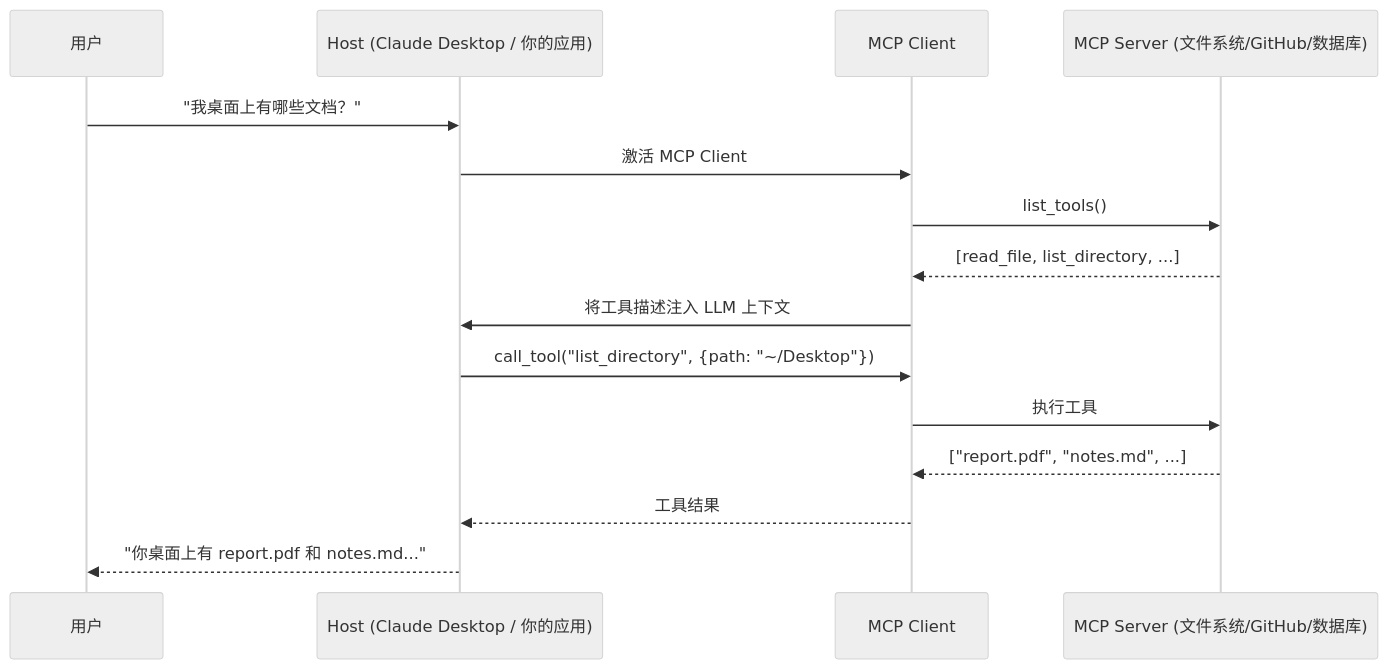
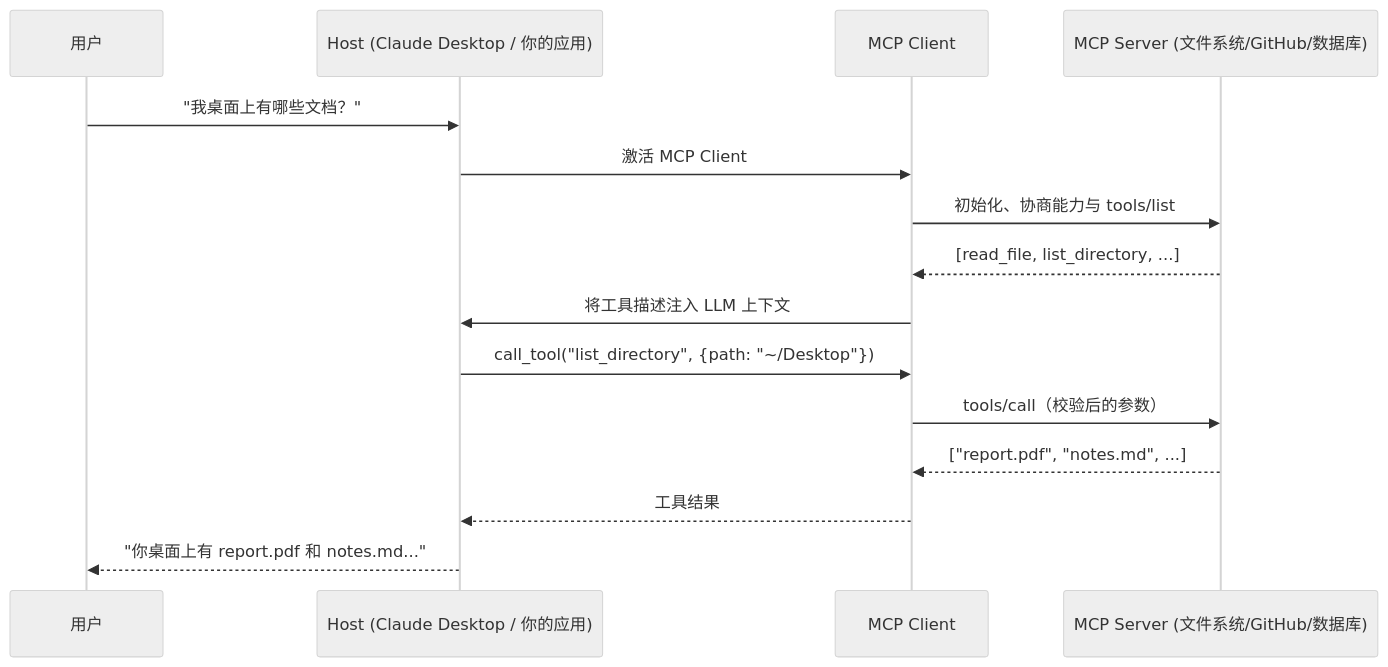
One commit to AmbitionC/front-end-journey-resource changed the diagram in knowledge/llm/agent/mcp-protocol.md. Above: the diagram before and after it, drawn with Mermaid (neutral theme). The commit also changed other lines of this file and 42 other files, not shown here.

````diff
--- a/knowledge/llm/agent/mcp-protocol.md
+++ b/knowledge/llm/agent/mcp-protocol.md
@@ -68,18 +17,18 @@
 ```mermaid
 sequenceDiagram
     participant User as 用户
     participant Host as Host (Claude Desktop / 你的应用)
     participant Client as MCP Client
     participant Server as MCP Server (文件系统/GitHub/数据库)
 
     User->>Host: "我桌面上有哪些文档？"
     Host->>Client: 激活 MCP Client
-    Client->>Server: list_tools()
+    Client->>Server: 初始化、协商能力与 tools/list
     Server-->>Client: [read_file, list_directory, ...]
     Client->>Host: 将工具描述注入 LLM 上下文
     Host->>Client: call_tool("list_directory", {path: "~/Desktop"})
-    Client->>Server: 执行工具
+    Client->>Server: tools/call（校验后的参数）
     Server-->>Client: ["report.pdf", "notes.md", ...]
     Client-->>Host: 工具结果
     Host-->>User: "你桌面上有 report.pdf 和 notes.md..."
 ```
````
